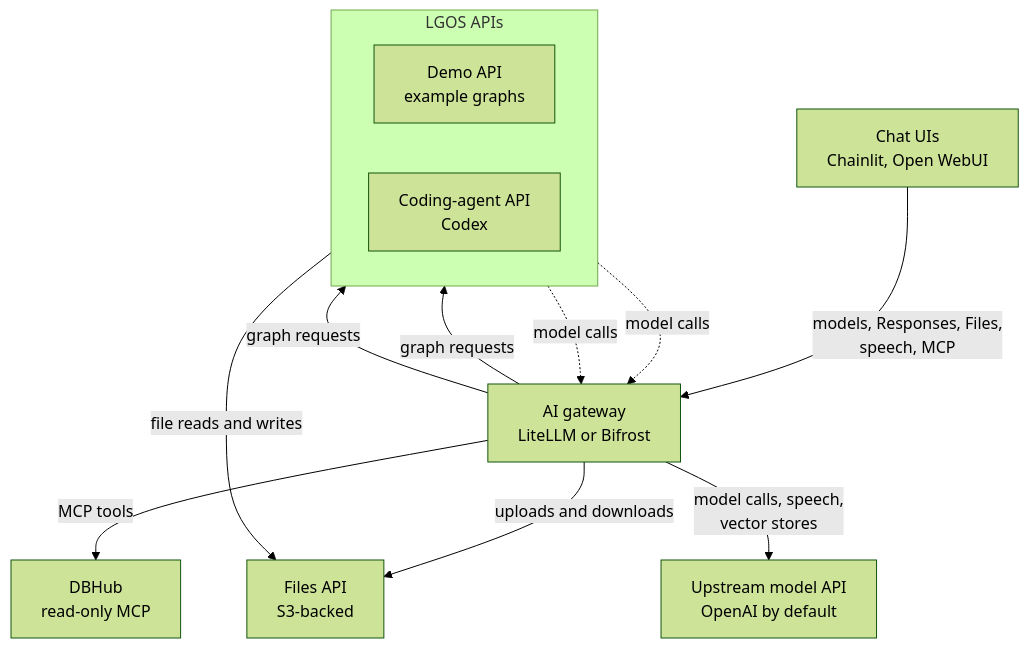
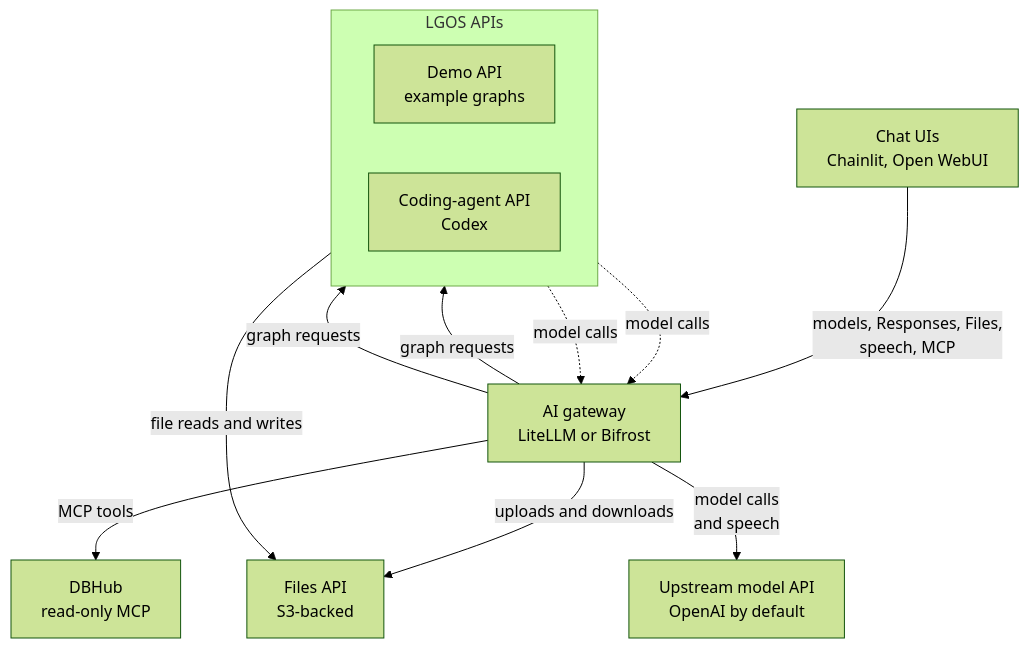
One commit to ilkersigirci/langgraph-openai-serve changed the first of 2 diagrams in docs/demo/architecture.md. Above: the diagram before and after it, drawn with Mermaid (forest theme). The commit also changed other lines of this file and 63 other files, not shown here.

First line of the commit message:
feat: deep-research demo graph instead of advanced-graph

````diff
--- a/docs/demo/architecture.md
+++ b/docs/demo/architecture.md
@@ -26,23 +26,23 @@
 ```mermaid
 flowchart TB
   uis["Chat UIs<br/>Chainlit, Open WebUI"]
   gateway["AI gateway<br/>LiteLLM or Bifrost"]
 
   subgraph lgos["LGOS APIs"]
     direction LR
     api["Demo API<br/>example graphs"]
     coding["Coding-agent API<br/>Codex"]
   end
 
   files["Files API<br/>S3-backed"]
   dbhub["DBHub<br/>read-only MCP"]
   upstream["Upstream model API<br/>OpenAI by default"]
 
   uis -->|"models, Responses, Files,<br/>speech, MCP"| gateway
   gateway -->|"graph requests"| api & coding
   api & coding -.->|"model calls"| gateway
   gateway -->|"uploads and downloads"| files
   gateway -->|"MCP tools"| dbhub
-  gateway -->|"model calls, speech,<br/>vector stores"| upstream
+  gateway -->|"model calls<br/>and speech"| upstream
   api -->|"file reads and writes"| files
 ```
````
